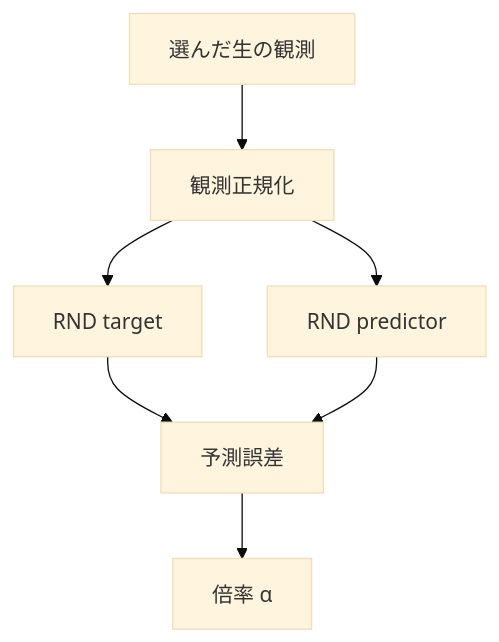
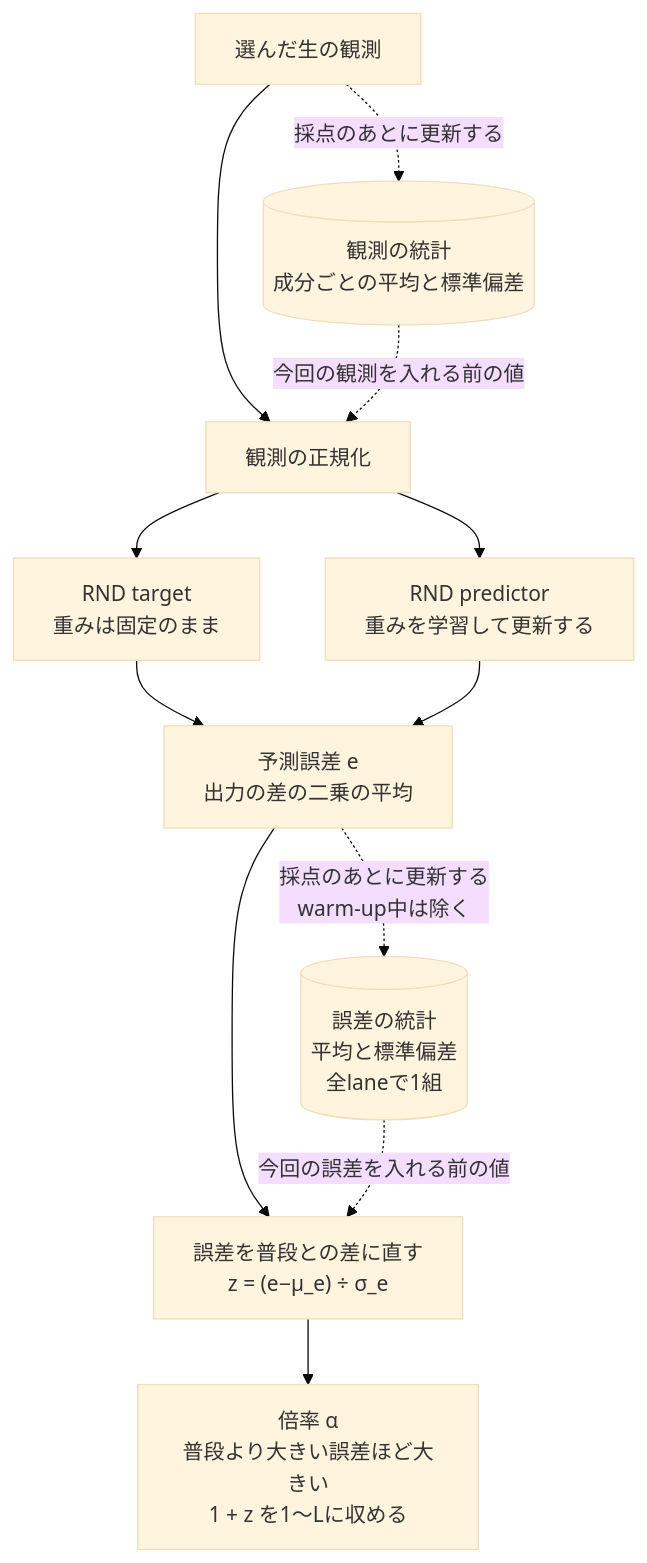
The first of 4 diagrams in docs/design/212_rnd_lifelong_novelty.jp.md (kazukin123/anet-lab), drawn with Mermaid (base theme) before and after one commit. The commit also changed other lines of this file and 12 other files, not shown here.

Commit message:
docs(DQN): RND採点と内的報酬取り込みの流れを図示。RND Network可視化と出力次元設定キーの課題を起票。 PRD121 #13 #20

````diff
--- a/docs/design/212_rnd_lifelong_novelty.jp.md
+++ b/docs/design/212_rnd_lifelong_novelty.jp.md
@@ -133,9 +135,14 @@
 ```mermaid
 graph TD
-    O[選んだ生の観測] --> N[観測正規化]
-    N --> T[RND target]
-    N --> P[RND predictor]
-    T --> E[予測誤差]
+    O["選んだ生の観測"] --> N["観測の正規化"]
+    SO[("観測の統計<br/>成分ごとの平均と標準偏差")] -.->|"今回の観測を入れる前の値"| N
+    N --> T["RND target<br/>重みは固定のまま"]
+    N --> P["RND predictor<br/>重みを学習して更新する"]
+    T --> E["予測誤差 e<br/>出力の差の二乗の平均"]
     P --> E
-    E --> A[倍率 α]
+    E --> Z["誤差を普段との差に直す<br/>z = (e−μ_e) ÷ σ_e"]
+    SE[("誤差の統計<br/>平均と標準偏差<br/>全laneで1組")] -.->|"今回の誤差を入れる前の値"| Z
+    Z --> A["倍率 α<br/>普段より大きい誤差ほど大きい<br/>1 + z を1〜Lに収める"]
+    O -.->|"採点のあとに更新する"| SO
+    E -.->|"採点のあとに更新する<br/>warm-up中は除く"| SE
 ```
````
